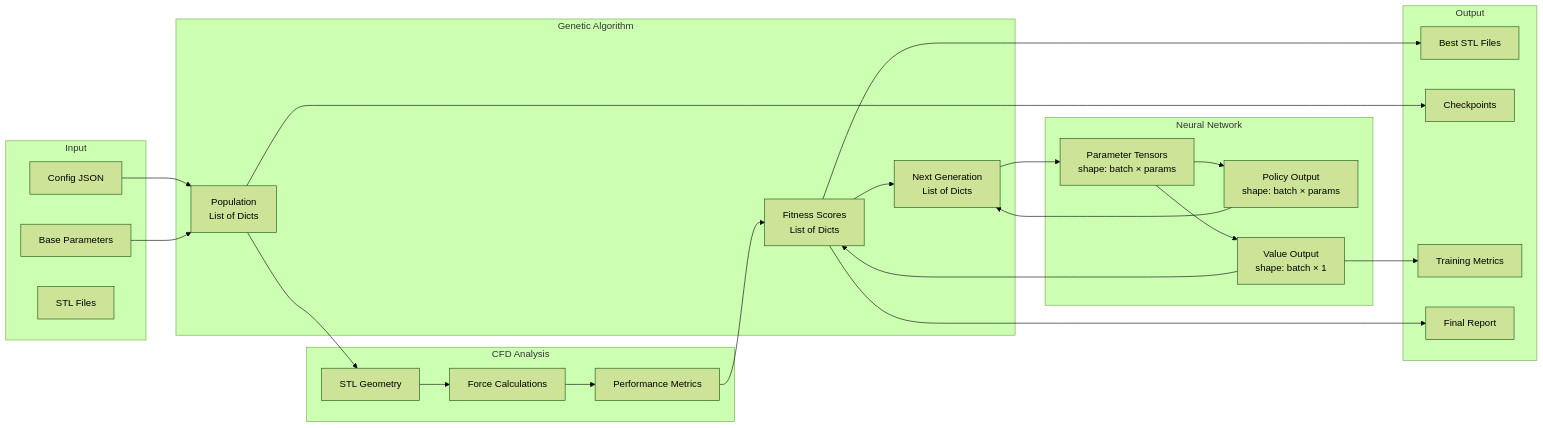
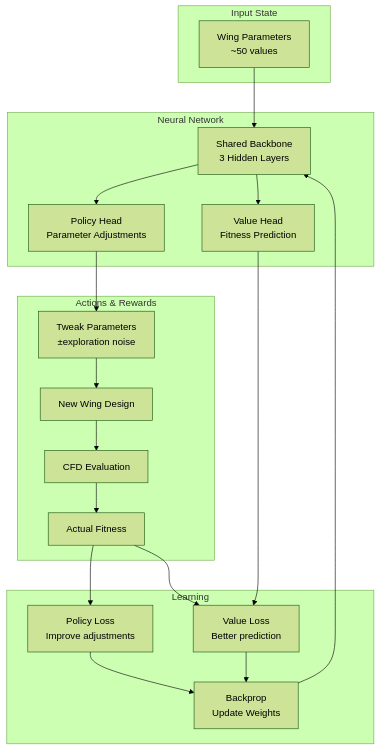
One commit to xupeiwust/AlphaDesign changed the fourth of 5 diagrams in RL/SYSTEM_FLOWCHARTS.md. Above: the diagram before and after it, drawn with Mermaid (forest theme). The commit also changed other lines of this file, not shown here.

First line of the commit message:
Revise flowcharts for AlphaDesign system

````diff
--- a/RL/SYSTEM_FLOWCHARTS.md
+++ b/RL/SYSTEM_FLOWCHARTS.md
@@ -158,52 +48,29 @@
 ```mermaid
-flowchart LR
-    subgraph "Input"
-        I1[Config JSON]
-        I2[Base Parameters]
-        I3[STL Files]
-    end
-
-    subgraph "Genetic Algorithm"
-        GA1[Population<br/>List of Dicts]
-        GA2[Fitness Scores<br/>List of Dicts]
-        GA3[Next Generation<br/>List of Dicts]
+flowchart TD
+    subgraph "Input State"
+        S[Wing Parameters<br/>~50 values]
     end
 
     subgraph "Neural Network"
-        NN1[Parameter Tensors<br/>shape: batch × params]
-        NN2[Policy Output<br/>shape: batch × params]
-        NN3[Value Output<br/>shape: batch × 1]
+        S --> Shared[Shared Backbone<br/>3 Hidden Layers]
+        Shared --> Policy[Policy Head<br/>Parameter Adjustments]
+        Shared --> Value[Value Head<br/>Fitness Prediction]
     end
 
-    subgraph "CFD Analysis"
-        CFD1[STL Geometry]
-        CFD2[Force Calculations]
-        CFD3[Performance Metrics]
+    subgraph "Actions & Rewards"
+        Policy --> Tweak[Tweak Parameters<br/>±exploration noise]
+        Tweak --> NewParams[New Wing Design]
+        NewParams --> CFD[CFD Evaluation]
+        CFD --> Reward[Actual Fitness]
     end
 
-    subgraph "Output"
-        O1[Best STL Files]
-        O2[Checkpoints]
-        O3[Training Metrics]
-        O4[Final Report]
+    subgraph "Learning"
+        Reward --> Loss1[Policy Loss<br/>Improve adjustments]
+        Reward --> Loss2[Value Loss<br/>Better prediction]
+        Value --> Loss2
+        Loss1 --> Update[Backprop<br/>Update Weights]
+        Loss2 --> Update
     end
 
-    I1 --> GA1
-    I2 --> GA1
-    GA1 --> CFD1
-    CFD1 --> CFD2
-    CFD2 --> CFD3
-    CFD3 --> GA2
-    GA2 --> GA3
-
-    GA3 --> NN1
-    NN1 --> NN2
-    NN1 --> NN3
-    NN2 --> GA3
-    NN3 --> GA2
-
-    GA2 --> O1
-    GA1 --> O2
-    NN3 --> O3
-    GA2 --> O4
+    Update --> Shared
 ```
````
